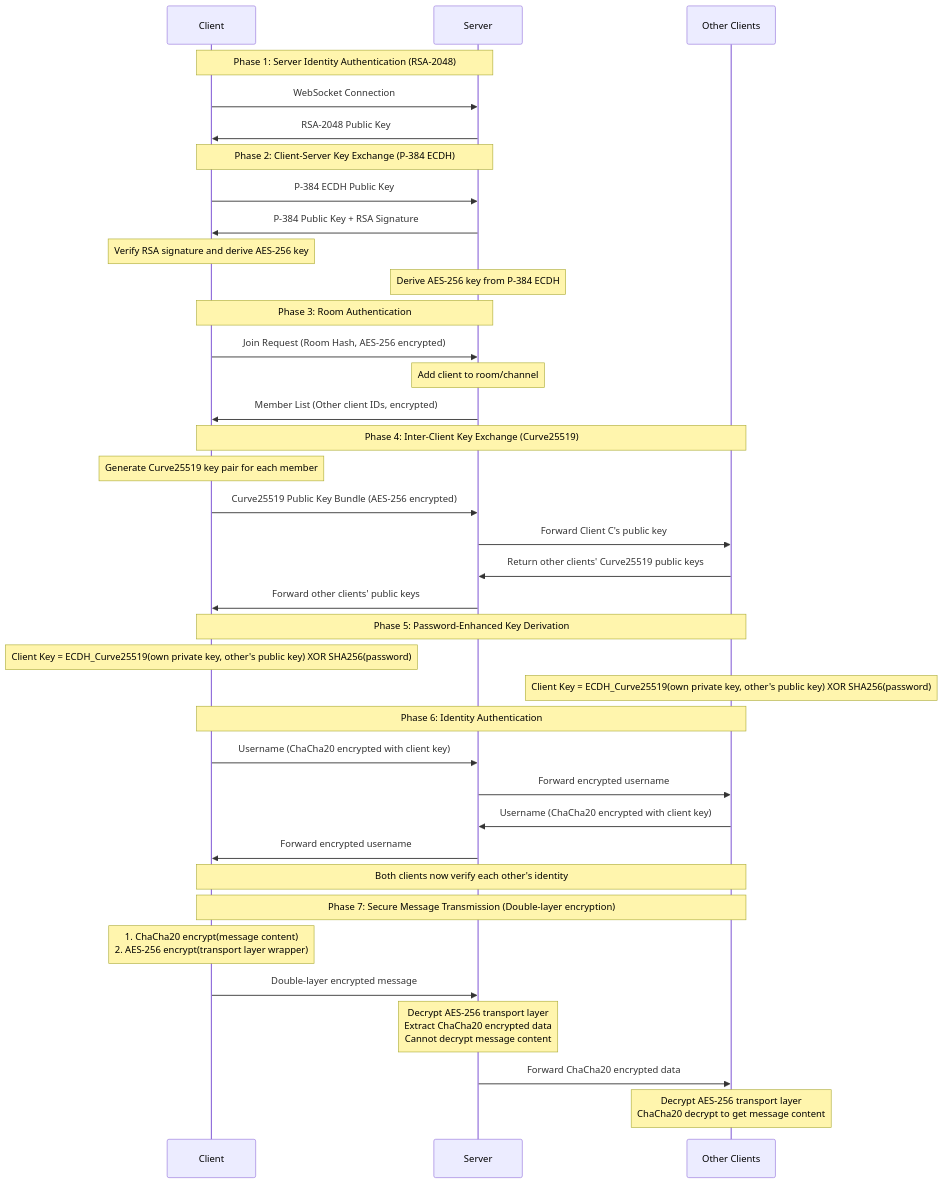
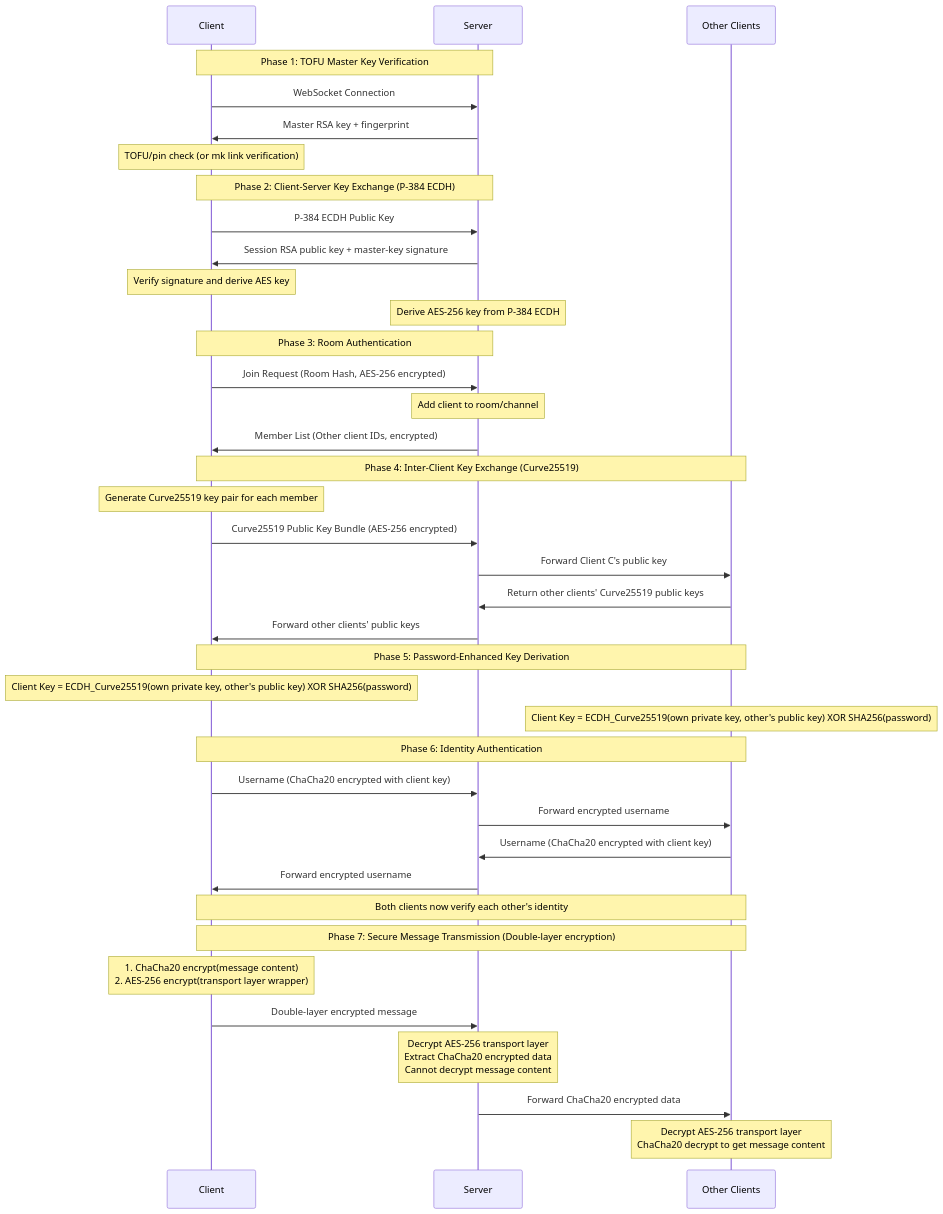
One commit to moshiax/nodecrypt changed the diagram in README.md. Above: the diagram before and after it, drawn with Mermaid. The commit also changed other lines of this file, not shown here.

````diff
--- a/README.md
+++ b/README.md
@@ -84,46 +85,47 @@
 ```mermaid
 sequenceDiagram
     participant C as Client
     participant S as Server
     participant O as Other Clients
 
-    Note over C,S: Phase 1: Server Identity Authentication (RSA-2048)
+    Note over C,S: Phase 1: TOFU Master Key Verification
     C->>S: WebSocket Connection
-    S->>C: RSA-2048 Public Key
+    S->>C: Master RSA key + fingerprint
+    Note over C: TOFU/pin check (or mk link verification)
     
     Note over C,S: Phase 2: Client-Server Key Exchange (P-384 ECDH)
     C->>S: P-384 ECDH Public Key
-    S->>C: P-384 Public Key + RSA Signature
-    Note over C: Verify RSA signature and derive AES-256 key
+    S->>C: Session RSA public key + master-key signature
+    Note over C: Verify signature and derive AES key
     Note over S: Derive AES-256 key from P-384 ECDH
     
     Note over C,S: Phase 3: Room Authentication
     C->>S: Join Request (Room Hash, AES-256 encrypted)
     Note over S: Add client to room/channel
     S->>C: Member List (Other client IDs, encrypted)
     
     Note over C,O: Phase 4: Inter-Client Key Exchange (Curve25519)
     Note over C: Generate Curve25519 key pair for each member
     C->>S: Curve25519 Public Key Bundle (AES-256 encrypted)
     S->>O: Forward Client C's public key
     O->>S: Return other clients' Curve25519 public keys
     S->>C: Forward other clients' public keys
     
     Note over C,O: Phase 5: Password-Enhanced Key Derivation
     Note over C: Client Key = ECDH_Curve25519(own private key, other's public key) XOR SHA256(password)
     Note over O: Client Key = ECDH_Curve25519(own private key, other's public key) XOR SHA256(password)
     
     Note over C,O: Phase 6: Identity Authentication
     C->>S: Username (ChaCha20 encrypted with client key)
     S->>O: Forward encrypted username
     O->>S: Username (ChaCha20 encrypted with client key)
     S->>C: Forward encrypted username
     Note over C,O: Both clients now verify each other's identity
     
     Note over C,O: Phase 7: Secure Message Transmission (Double-layer encryption)
     Note over C: 1. ChaCha20 encrypt(message content)<br/>2. AES-256 encrypt(transport layer wrapper)
     C->>S: Double-layer encrypted message
     Note over S: Decrypt AES-256 transport layer<br/>Extract ChaCha20 encrypted data<br/>Cannot decrypt message content
     S->>O: Forward ChaCha20 encrypted data
     Note over O: Decrypt AES-256 transport layer<br/>ChaCha20 decrypt to get message content
 ```
````
